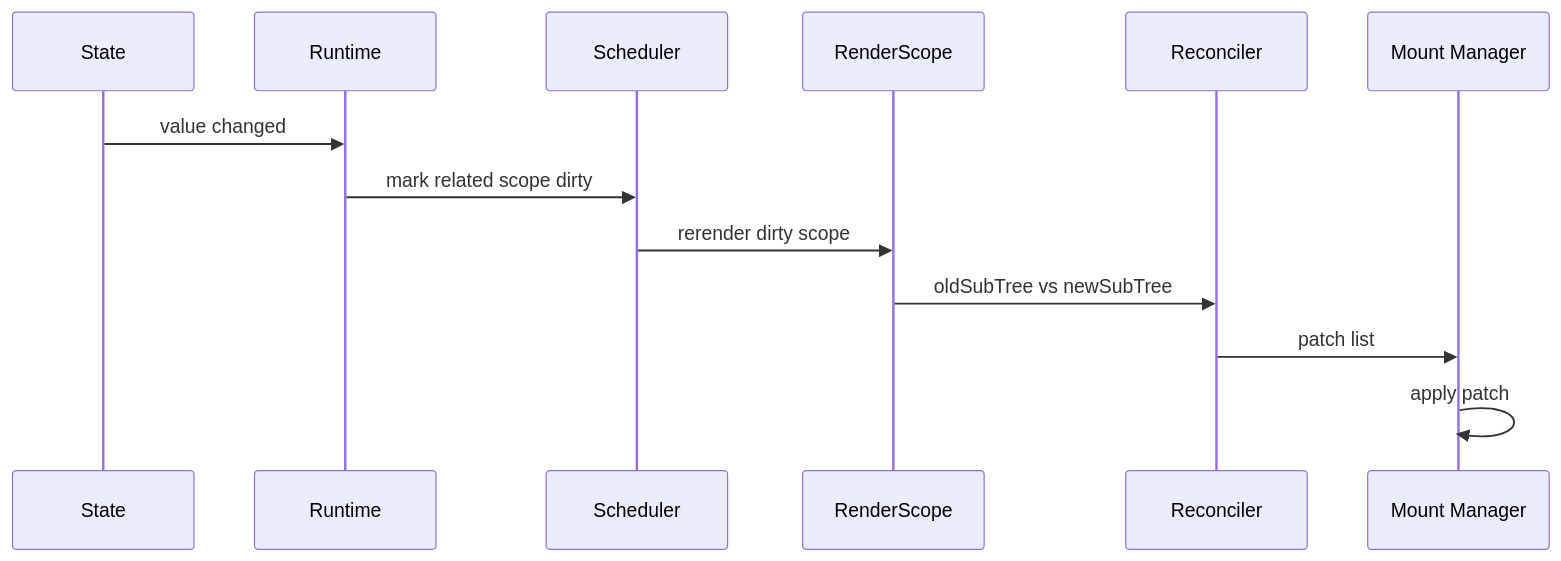
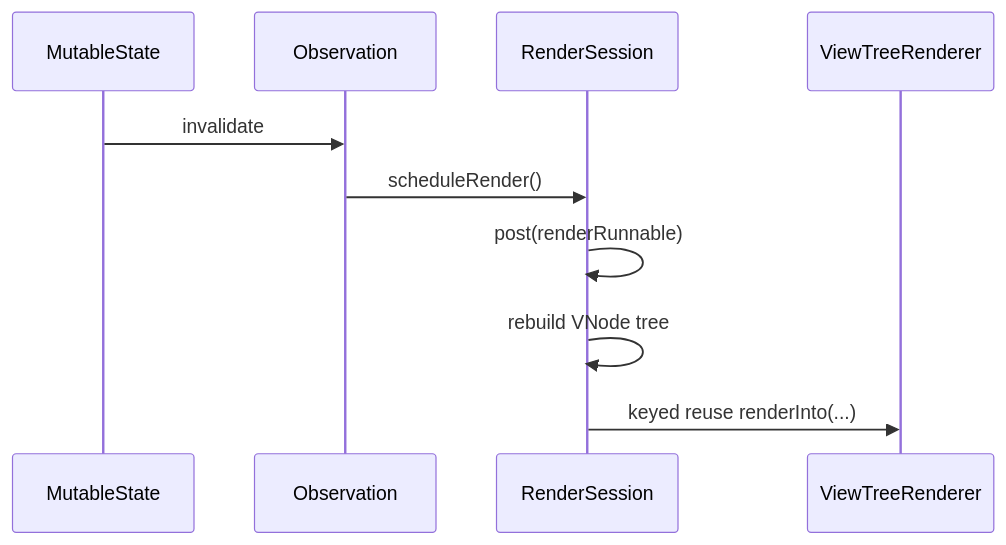
One commit to guozhiqiang123/ViewCompose changed the third of 4 diagrams in ARCHITECTURE.md. Above: the diagram before and after it, drawn with Mermaid. The commit also changed other lines of this file, not shown here.

Commit message:
docs: refresh architecture baseline

````diff
--- a/ARCHITECTURE.md
+++ b/ARCHITECTURE.md
@@ -518,16 +417,13 @@
 ```mermaid
 sequenceDiagram
-    participant S as State
-    participant RT as Runtime
-    participant Sch as Scheduler
-    participant Scope as RenderScope
-    participant R as Reconciler
-    participant M as Mount Manager
+    participant State as MutableState
+    participant Obs as Observation
+    participant Session as RenderSession
+    participant Render as ViewTreeRenderer
 
-    S->>RT: value changed
-    RT->>Sch: mark related scope dirty
-    Sch->>Scope: rerender dirty scope
-    Scope->>R: oldSubTree vs newSubTree
-    R->>M: patch list
-    M->>M: apply patch
+    State->>Obs: invalidate
+    Obs->>Session: scheduleRender()
+    Session->>Session: post(renderRunnable)
+    Session->>Session: rebuild VNode tree
+    Session->>Render: keyed reuse renderInto(...)
 ```
````
